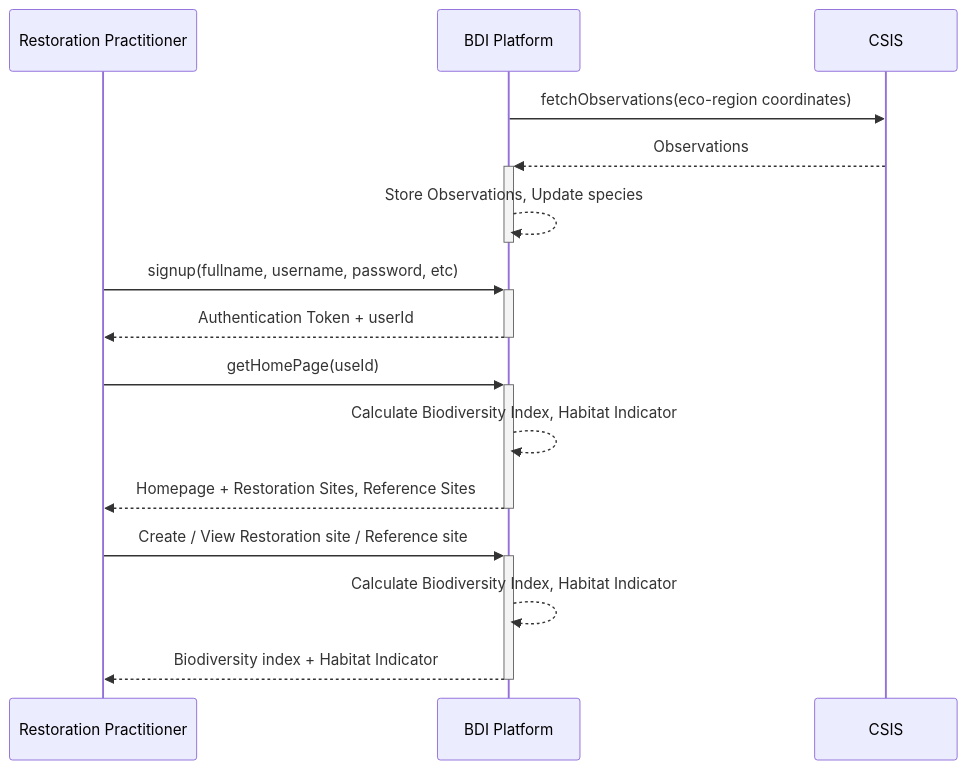
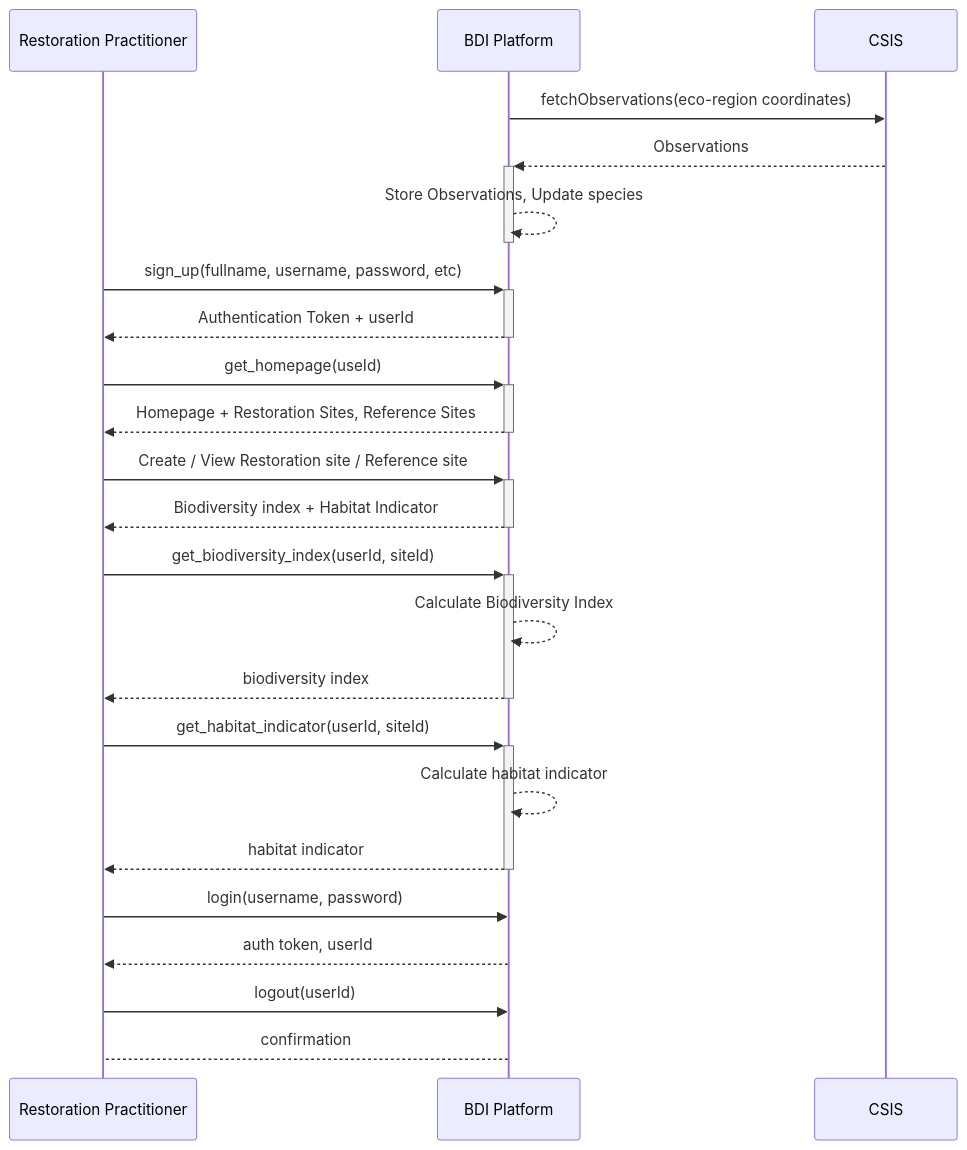
Before and after one commit to maulikdave-fh/bdi: the third of 4 diagrams in README.md, drawn with Mermaid. The commit also changed other lines of this file, not shown here.

Commit message:
add authentication system apis

````diff
--- a/README.md
+++ b/README.md
@@ -86,17 +86,26 @@
 ```mermaid
     sequenceDiagram
         participant RP as Restoration Practitioner
         participant BDI as BDI Platform
         participant CSIS
         BDI ->> CSIS : fetchObservations(eco-region coordinates)
         CSIS -->> +BDI : Observations
         BDI -->> -BDI : Store Observations, Update species
-        RP ->> +BDI : signup(fullname, username, password, etc)
+        RP ->> +BDI : sign_up(fullname, username, password, etc)
         BDI -->> -RP : Authentication Token + userId
-        RP ->> +BDI : getHomePage(useId)
-        BDI -->> BDI : Calculate Biodiversity Index, Habitat Indicator
+        RP ->> +BDI : get_homepage(useId)
         BDI -->> -RP: Homepage + Restoration Sites, Reference Sites
         RP ->> +BDI : Create / View Restoration site / Reference site
-        BDI -->> BDI : Calculate Biodiversity Index, Habitat Indicator
         BDI -->> -RP : Biodiversity index + Habitat Indicator
+        RP ->> +BDI : get_biodiversity_index(userId, siteId)
+        BDI -->> BDI : Calculate Biodiversity Index
+        BDI -->> -RP : biodiversity index
+        RP ->> +BDI : get_habitat_indicator(userId, siteId)
+        BDI -->> BDI : Calculate habitat indicator
+        BDI -->> -RP : habitat indicator
+        RP ->> BDI : login(username, password)
+        BDI -->> RP : auth token, userId
+        RP ->> BDI : logout(userId)
+        BDI --> RP : confirmation
+             
 ```
````
